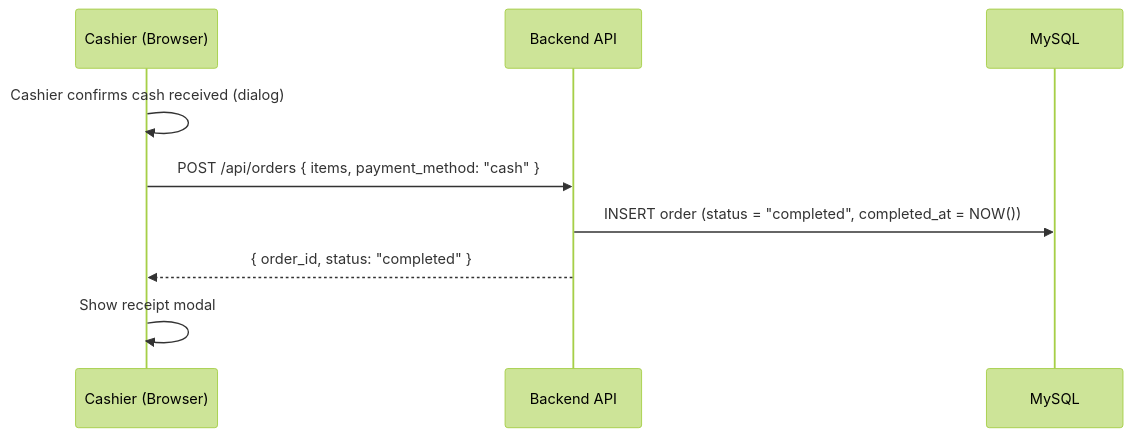
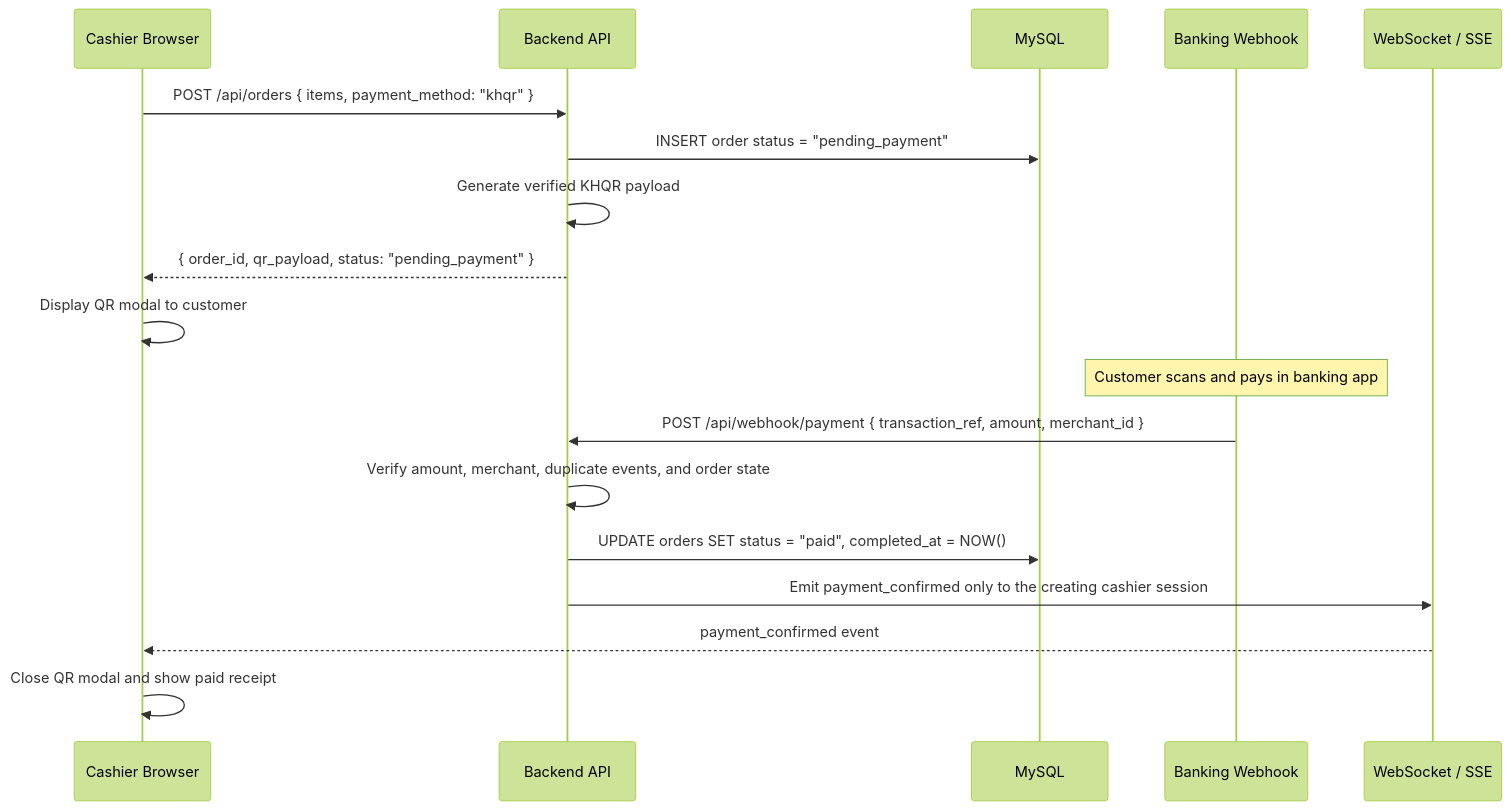
The second of 2 diagrams in docs/design/payment-flow.md (sothyvan/TOUB_POS), drawn with Mermaid (forest theme) before and after one commit. The commit also changed other lines of this file and 56 other files, not shown here.

First line of the commit message:
feat: enhance KHQR payment modal with order details and QR payload support

````diff
--- a/docs/design/payment-flow.md
+++ b/docs/design/payment-flow.md
@@ -32,12 +68,23 @@
 ```mermaid
 sequenceDiagram
-    participant C as Cashier (Browser)
+    participant C as Cashier Browser
     participant API as Backend API
     participant DB as MySQL
+    participant WH as Banking Webhook
+    participant WS as WebSocket / SSE
 
-    C->>C: Cashier confirms cash received (dialog)
-    C->>API: POST /api/orders { items, payment_method: "cash" }
-    API->>DB: INSERT order (status = "completed", completed_at = NOW())
-    API-->>C: { order_id, status: "completed" }
-    C->>C: Show receipt modal
+    C->>API: POST /api/orders { items, payment_method: "khqr" }
+    API->>DB: INSERT order status = "pending_payment"
+    API->>API: Generate verified KHQR payload
+    API-->>C: { order_id, qr_payload, status: "pending_payment" }
+
+    C->>C: Display QR modal to customer
+
+    Note over WH: Customer scans and pays in banking app
+    WH->>API: POST /api/webhook/payment { transaction_ref, amount, merchant_id }
+    API->>API: Verify amount, merchant, duplicate events, and order state
+    API->>DB: UPDATE orders SET status = "paid", completed_at = NOW()
+    API->>WS: Emit payment_confirmed only to the creating cashier session
+    WS-->>C: payment_confirmed event
+    C->>C: Close QR modal and show paid receipt
 ```
````
